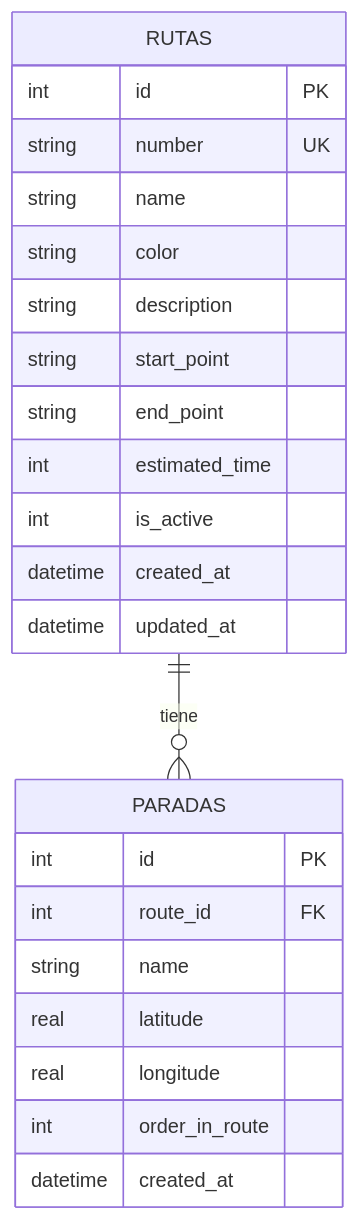
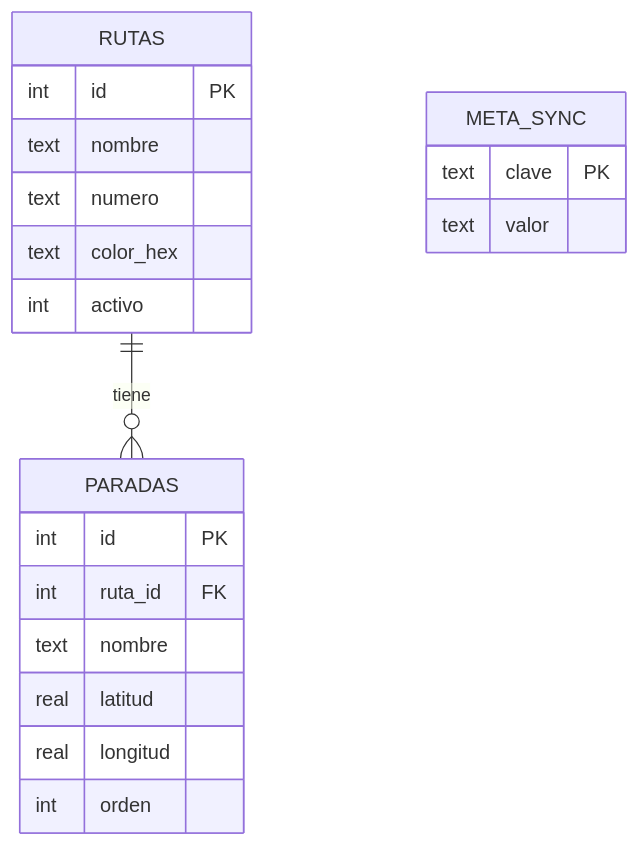
One commit to lalo216/Proyecto_combi changed the diagram in aplicacion/docs/db_schema.md. Above: the diagram before and after it, drawn with Mermaid. The commit also changed other lines of this file and 2 other files, not shown here.

````diff
--- a/aplicacion/docs/db_schema.md
+++ b/aplicacion/docs/db_schema.md
@@ -29,28 +58,24 @@
 ```mermaid
 erDiagram
     RUTAS {
         int id PK
-        string number UK
-        string name
-        string color
-        string description
-        string start_point
-        string end_point
-        int estimated_time
-        int is_active
-        datetime created_at
-        datetime updated_at
+        text nombre
+        text numero
+        text color_hex
+        int activo
     }
-
     PARADAS {
         int id PK
-        int route_id FK
-        string name
-        real latitude
-        real longitude
-        int order_in_route
-        datetime created_at
+        int ruta_id FK
+        text nombre
+        real latitud
+        real longitud
+        int orden
+    }
+    META_SYNC {
+        text clave PK
+        text valor
     }
 
     RUTAS ||--o{ PARADAS : "tiene"
 ```
````
